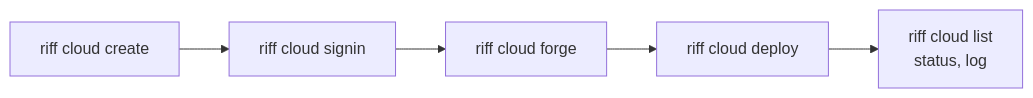
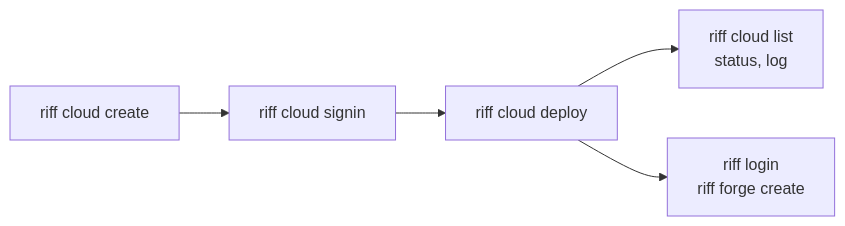
The second of 3 diagrams in docs/src/start-a-team-riff.md (como-technologies/riff), drawn with Mermaid before and after one commit. The commit also changed other lines of this file and 30 other files, not shown here.

First line of the commit message:
riff forge create makes the GitHub App with one command; riff forge install adds an account (#647)

````diff
--- a/docs/src/start-a-team-riff.md
+++ b/docs/src/start-a-team-riff.md
@@ -86,7 +86,7 @@
 ```mermaid
 flowchart LR
     C["riff cloud create"] --> S["riff cloud signin"]
-    S --> F["riff cloud forge"]
-    F --> D["riff cloud deploy"]
+    S --> D["riff cloud deploy"]
     D --> L["riff cloud list<br/>status, log"]
+    D --> F["riff login<br/>riff forge create"]
 ```
````
